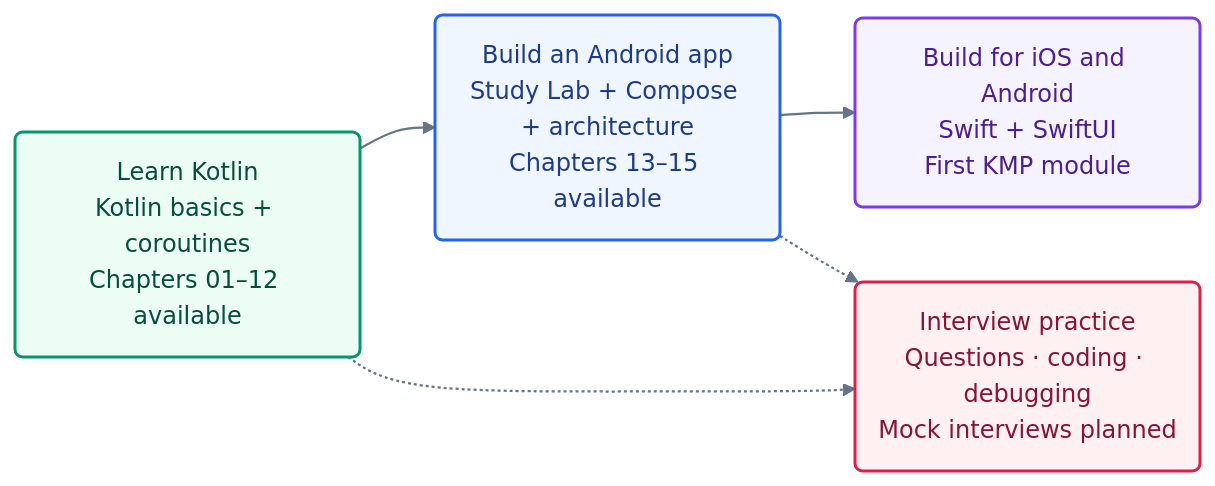
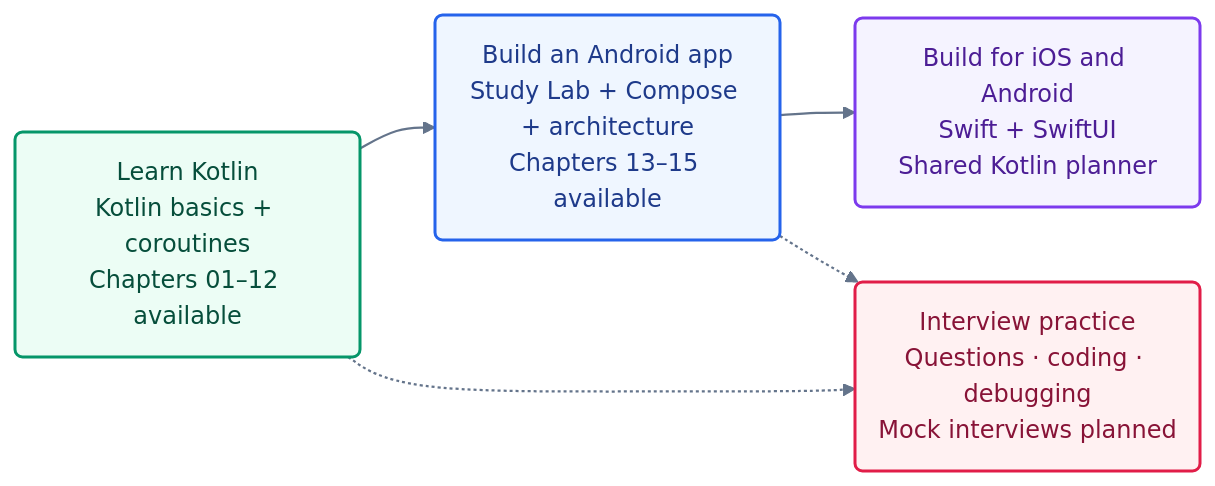
One commit to roshanevala/Kotlin-101-The-Mobile-Workshop changed the diagram in README.md. Above: the diagram before and after it, drawn with Mermaid. The commit also changed other lines of this file and 30 other files, not shown here.

````diff
--- a/README.md
+++ b/README.md
@@ -11,20 +11,20 @@
 ```mermaid
 flowchart LR
     accTitle: From Kotlin basics to a mobile app and interview practice
     accDescr: Start with the available Kotlin lessons. Build an Android app, then build a native iOS client and a shared Kotlin module. Practise lesson questions and debugging along the way; dedicated coding challenges and mock interviews are planned.
 
     K("Learn Kotlin<br/>Kotlin basics + coroutines<br/>Chapters 01–12 available"):::basics
     A("Build an Android app<br/>Study Lab + Compose + architecture<br/>Chapters 13–15 available"):::android
-    M("Build for iOS and Android<br/>Swift + SwiftUI<br/>First KMP module"):::multiplatform
+    M("Build for iOS and Android<br/>Swift + SwiftUI<br/>Shared Kotlin planner"):::multiplatform
     I("Interview practice<br/>Questions · coding · debugging<br/>Mock interviews planned"):::interview
 
     K --> A --> M
     K -.-> I
     A -.-> I
 
     classDef basics fill:#ecfdf5,stroke:#059669,color:#064e3b,stroke-width:2px
     classDef android fill:#eff6ff,stroke:#2563eb,color:#1e3a8a,stroke-width:2px
     classDef multiplatform fill:#f5f3ff,stroke:#7c3aed,color:#4c1d95,stroke-width:2px
     classDef interview fill:#fff1f2,stroke:#e11d48,color:#881337,stroke-width:2px
     linkStyle default stroke:#64748b,stroke-width:1.5px
 ```
````
